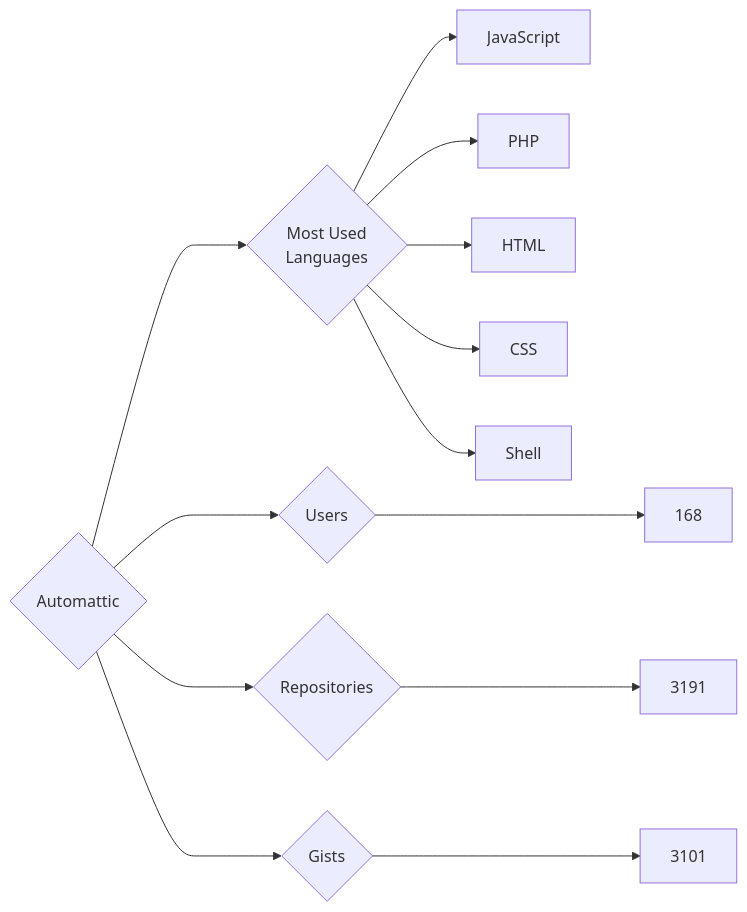
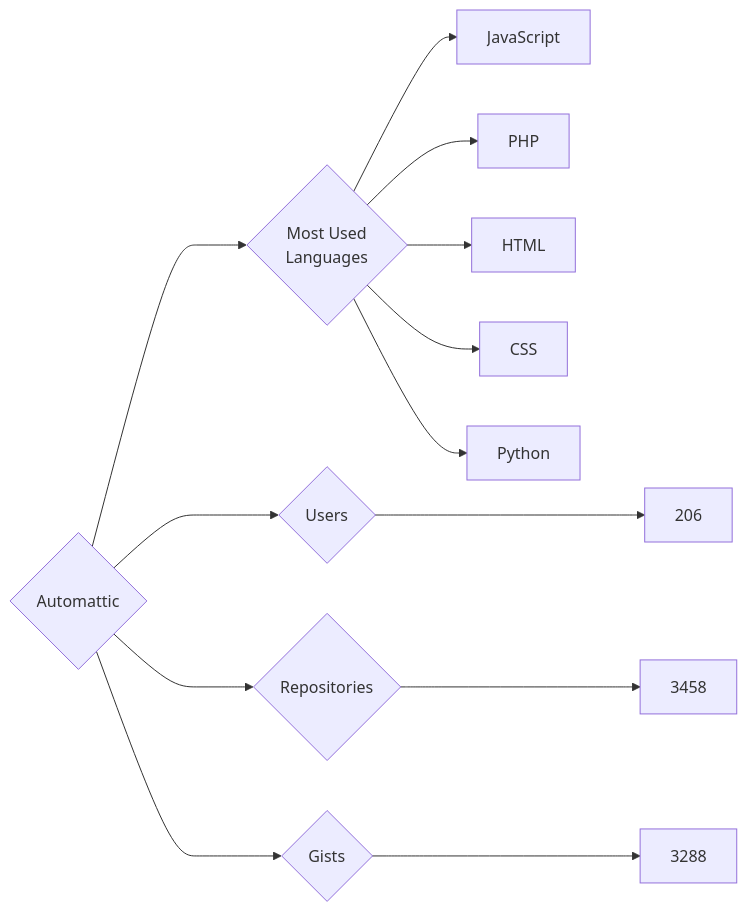
Before and after one commit to trickest/insiders: the diagram in targets/Automattic/README.md, drawn with Mermaid. The commit also changed 873 other files, not shown here.

````diff
--- a/targets/Automattic/README.md
+++ b/targets/Automattic/README.md
@@ -3,13 +3,13 @@
 ```mermaid
 graph LR
 COMPANY_NAME{Automattic}
-COMPANY_NAME ---> U{Users} ---> UN[168]
-COMPANY_NAME ---> R{Repositories} ---> RN[3191]
-COMPANY_NAME ---> G{Gists} ---> GN[3101]
+COMPANY_NAME ---> U{Users} ---> UN[206]
+COMPANY_NAME ---> R{Repositories} ---> RN[3458]
+COMPANY_NAME ---> G{Gists} ---> GN[3288]
 COMPANY_NAME ---> ML{Most Used<br>Languages}
 ML --> JavaScript[JavaScript]
 ML --> PHP[PHP]
 ML --> HTML[HTML]
 ML --> CSS[CSS]
-ML --> Shell[Shell]
+ML --> Python[Python]
 ```
````
